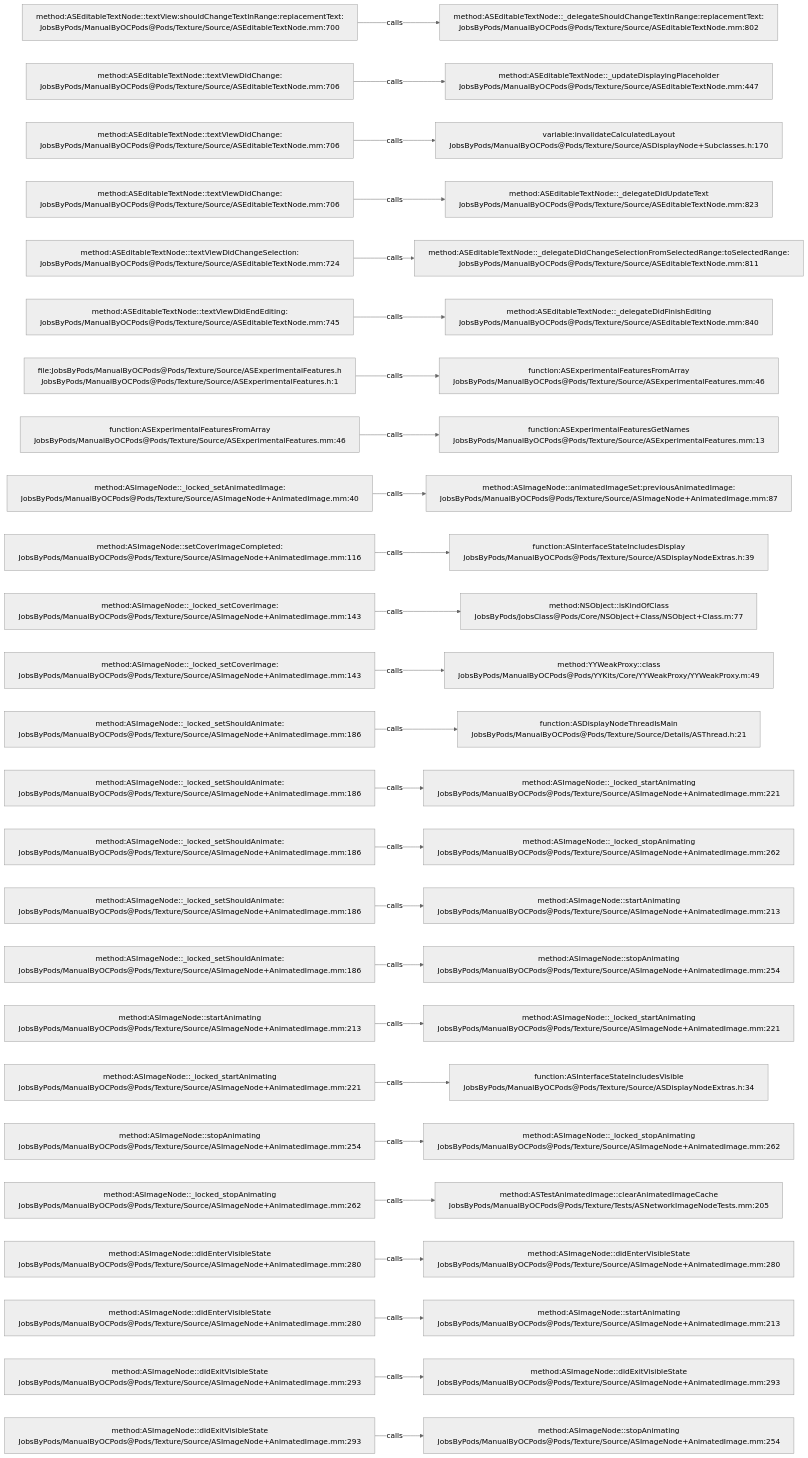
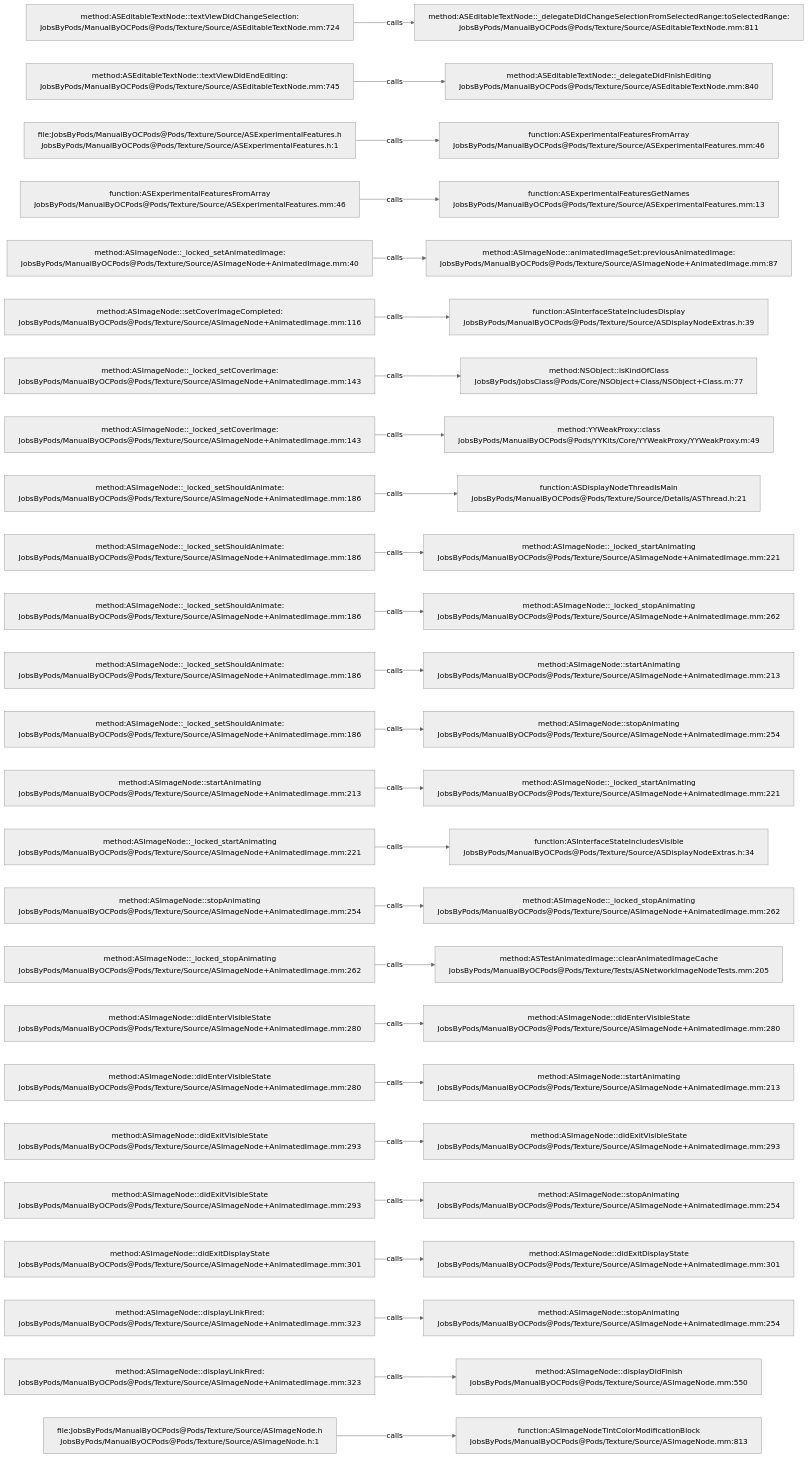
Before and after one commit to JobsKits/JobsOCBaseConfigDemo: the diagram in .codegraph/codegraph.md/graphs/calls-106.md, drawn with Mermaid (neutral theme). The commit also changed 727 other files, not shown here.

````diff
--- a/.codegraph/codegraph.md/graphs/calls-106.md
+++ b/.codegraph/codegraph.md/graphs/calls-106.md
@@ -13,78 +13,78 @@
 ```mermaid
 flowchart LR
-  S1["method:ASEditableTextNode::textView:shouldChangeTextInRange:replacementText:<br/>JobsByPods/ManualByOCPods@Pods/Texture/Source/ASEditableTextNode.mm:700"]
-  T1["method:ASEditableTextNode::_delegateShouldChangeTextInRange:replacementText:<br/>JobsByPods/ManualByOCPods@Pods/Texture/Source/ASEditableTextNode.mm:802"]
+  S1["method:ASEditableTextNode::textViewDidChangeSelection:<br/>JobsByPods/ManualByOCPods@Pods/Texture/Source/ASEditableTextNode.mm:724"]
+  T1["method:ASEditableTextNode::_delegateDidChangeSelectionFromSelectedRange:toSelectedRange:<br/>JobsByPods/ManualByOCPods@Pods/Texture/Source/ASEditableTextNode.mm:811"]
   S1 -->|calls| T1
-  S2["method:ASEditableTextNode::textViewDidChange:<br/>JobsByPods/ManualByOCPods@Pods/Texture/Source/ASEditableTextNode.mm:706"]
-  T2["method:ASEditableTextNode::_updateDisplayingPlaceholder<br/>JobsByPods/ManualByOCPods@Pods/Texture/Source/ASEditableTextNode.mm:447"]
+  S2["method:ASEditableTextNode::textViewDidEndEditing:<br/>JobsByPods/ManualByOCPods@Pods/Texture/Source/ASEditableTextNode.mm:745"]
+  T2["method:ASEditableTextNode::_delegateDidFinishEditing<br/>JobsByPods/ManualByOCPods@Pods/Texture/Source/ASEditableTextNode.mm:840"]
   S2 -->|calls| T2
-  S3["method:ASEditableTextNode::textViewDidChange:<br/>JobsByPods/ManualByOCPods@Pods/Texture/Source/ASEditableTextNode.mm:706"]
-  T3["variable:invalidateCalculatedLayout<br/>JobsByPods/ManualByOCPods@Pods/Texture/Source/ASDisplayNode+Subclasses.h:170"]
+  S3["file:JobsByPods/ManualByOCPods@Pods/Texture/Source/ASExperimentalFeatures.h<br/>JobsByPods/ManualByOCPods@Pods/Texture/Source/ASExperimentalFeatures.h:1"]
+  T3["function:ASExperimentalFeaturesFromArray<br/>JobsByPods/ManualByOCPods@Pods/Texture/Source/ASExperimentalFeatures.mm:46"]
   S3 -->|calls| T3
-  S4["method:ASEditableTextNode::textViewDidChange:<br/>JobsByPods/ManualByOCPods@Pods/Texture/Source/ASEditableTextNode.mm:706"]
-  T4["method:ASEditableTextNode::_delegateDidUpdateText<br/>JobsByPods/ManualByOCPods@Pods/Texture/Source/ASEditableTextNode.mm:823"]
+  S4["function:ASExperimentalFeaturesFromArray<br/>JobsByPods/ManualByOCPods@Pods/Texture/Source/ASExperimentalFeatures.mm:46"]
+  T4["function:ASExperimentalFeaturesGetNames<br/>JobsByPods/ManualByOCPods@Pods/Texture/Source/ASExperimentalFeatures.mm:13"]
   S4 -->|calls| T4
-  S5["method:ASEditableTextNode::textViewDidChangeSelection:<br/>JobsByPods/ManualByOCPods@Pods/Texture/Source/ASEditableTextNode.mm:724"]
-  T5["method:ASEditableTextNode::_delegateDidChangeSelectionFromSelectedRange:toSelectedRange:<br/>JobsByPods/ManualByOCPods@Pods/Texture/Source/ASEditableTextNode.mm:811"]
+  S5["method:ASImageNode::_locked_setAnimatedImage:<br/>JobsByPods/ManualByOCPods@Pods/Texture/Source/ASImageNode+AnimatedImage.mm:40"]
+  T5["method:ASImageNode::animatedImageSet:previousAnimatedImage:<br/>JobsByPods/ManualByOCPods@Pods/Texture/Source/ASImageNode+AnimatedImage.mm:87"]
   S5 -->|calls| T5
-  S6["method:ASEditableTextNode::textViewDidEndEditing:<br/>JobsByPods/ManualByOCPods@Pods/Texture/Source/ASEditableTextNode.mm:745"]
-  T6["method:ASEditableTextNode::_delegateDidFinishEditing<br/>JobsByPods/ManualByOCPods@Pods/Texture/Source/ASEditableTextNode.mm:840"]
+  S6["method:ASImageNode::setCoverImageCompleted:<br/>JobsByPods/ManualByOCPods@Pods/Texture/Source/ASImageNode+AnimatedImage.mm:116"]
+  T6["function:ASInterfaceStateIncludesDisplay<br/>JobsByPods/ManualByOCPods@Pods/Texture/Source/ASDisplayNodeExtras.h:39"]
   S6 -->|calls| T6
-  S7["file:JobsByPods/ManualByOCPods@Pods/Texture/Source/ASExperimentalFeatures.h<br/>JobsByPods/ManualByOCPods@Pods/Texture/Source/ASExperimentalFeatures.h:1"]
-  T7["function:ASExperimentalFeaturesFromArray<br/>JobsByPods/ManualByOCPods@Pods/Texture/Source/ASExperimentalFeatures.mm:46"]
+  S7["method:ASImageNode::_locked_setCoverImage:<br/>JobsByPods/ManualByOCPods@Pods/Texture/Source/ASImageNode+AnimatedImage.mm:143"]
+  T7["method:NSObject::isKindOfClass<br/>JobsByPods/JobsClass@Pods/Core/NSObject+Class/NSObject+Class.m:77"]
   S7 -->|calls| T7
-  S8["function:ASExperimentalFeaturesFromArray<br/>JobsByPods/ManualByOCPods@Pods/Texture/Source/ASExperimentalFeatures.mm:46"]
-  T8["function:ASExperimentalFeaturesGetNames<br/>JobsByPods/ManualByOCPods@Pods/Texture/Source/ASExperimentalFeatures.mm:13"]
+  S8["method:ASImageNode::_locked_setCoverImage:<br/>JobsByPods/ManualByOCPods@Pods/Texture/Source/ASImageNode+AnimatedImage.mm:143"]
+  T8["method:YYWeakProxy::class<br/>JobsByPods/ManualByOCPods@Pods/YYKits/Core/YYWeakProxy/YYWeakProxy.m:49"]
   S8 -->|calls| T8
-  S9["method:ASImageNode::_locked_setAnimatedImage:<br/>JobsByPods/ManualByOCPods@Pods/Texture/Source/ASImageNode+AnimatedImage.mm:40"]
-  T9["method:ASImageNode::animatedImageSet:previousAnimatedImage:<br/>JobsByPods/ManualByOCPods@Pods/Texture/Source/ASImageNode+AnimatedImage.mm:87"]
+  S9["method:ASImageNode::_locked_setShouldAnimate:<br/>JobsByPods/ManualByOCPods@Pods/Texture/Source/ASImageNode+AnimatedImage.mm:186"]
+  T9["function:ASDisplayNodeThreadIsMain<br/>JobsByPods/ManualByOCPods@Pods/Texture/Source/Details/ASThread.h:21"]
   S9 -->|calls| T9
-  S10["method:ASImageNode::setCoverImageCompleted:<br/>JobsByPods/ManualByOCPods@Pods/Texture/Source/ASImageNode+AnimatedImage.mm:116"]
-  T10["function:ASInterfaceStateIncludesDisplay<br/>JobsByPods/ManualByOCPods@Pods/Texture/Source/ASDisplayNodeExtras.h:39"]
+  S10["method:ASImageNode::_locked_setShouldAnimate:<br/>JobsByPods/ManualByOCPods@Pods/Texture/Source/ASImageNode+AnimatedImage.mm:186"]
+  T10["method:ASImageNode::_locked_startAnimating<br/>JobsByPods/ManualByOCPods@Pods/Texture/Source/ASImageNode+AnimatedImage.mm:221"]
   S10 -->|calls| T10
-  S11["method:ASImageNode::_locked_setCoverImage:<br/>JobsByPods/ManualByOCPods@Pods/Texture/Source/ASImageNode+AnimatedImage.mm:143"]
-  T11["method:NSObject::isKindOfClass<br/>JobsByPods/JobsClass@Pods/Core/NSObject+Class/NSObject+Class.m:77"]
+  S11["method:ASImageNode::_locked_setShouldAnimate:<br/>JobsByPods/ManualByOCPods@Pods/Texture/Source/ASImageNode+AnimatedImage.mm:186"]
+  T11["method:ASImageNode::_locked_stopAnimating<br/>JobsByPods/ManualByOCPods@Pods/Texture/Source/ASImageNode+AnimatedImage.mm:262"]
   S11 -->|calls| T11
-  S12["method:ASImageNode::_locked_setCoverImage:<br/>JobsByPods/ManualByOCPods@Pods/Texture/Source/ASImageNode+AnimatedImage.mm:143"]
-  T12["method:YYWeakProxy::class<br/>JobsByPods/ManualByOCPods@Pods/YYKits/Core/YYWeakProxy/YYWeakProxy.m:49"]
+  S12["method:ASImageNode::_locked_setShouldAnimate:<br/>JobsByPods/ManualByOCPods@Pods/Texture/Source/ASImageNode+AnimatedImage.mm:186"]
+  T12["method:ASImageNode::startAnimating<br/>JobsByPods/ManualByOCPods@Pods/Texture/Source/ASImageNode+AnimatedImage.mm:213"]
   S12 -->|calls| T12
   S13["method:ASImageNode::_locked_setShouldAnimate:<br/>JobsByPods/ManualByOCPods@Pods/Texture/Source/ASImageNode+AnimatedImage.mm:186"]
-  T13["function:ASDisplayNodeThreadIsMain<br/>JobsByPods/ManualByOCPods@Pods/Texture/Source/Details/ASThread.h:21"]
+  T13["method:ASImageNode::stopAnimating<br/>JobsByPods/ManualByOCPods@Pods/Texture/Source/ASImageNode+AnimatedImage.mm:254"]
   S13 -->|calls| T13
-  S14["method:ASImageNode::_locked_setShouldAnimate:<br/>JobsByPods/ManualByOCPods@Pods/Texture/Source/ASImageNode+AnimatedImage.mm:186"]
+  S14["method:ASImageNode::startAnimating<br/>JobsByPods/ManualByOCPods@Pods/Texture/Source/ASImageNode+AnimatedImage.mm:213"]
   T14["method:ASImageNode::_locked_startAnimating<br/>JobsByPods/ManualByOCPods@Pods/Texture/Source/ASImageNode+AnimatedImage.mm:221"]
   S14 -->|calls| T14
-  S15["method:ASImageNode::_locked_setShouldAnimate:<br/>JobsByPods/ManualByOCPods@Pods/Texture/Source/ASImageNode+AnimatedImage.mm:186"]
-  T15["method:ASImageNode::_locked_stopAnimating<br/>JobsByPods/ManualByOCPods@Pods/Texture/Source/ASImageNode+AnimatedImage.mm:262"]
+  S15["method:ASImageNode::_locked_startAnimating<br/>JobsByPods/ManualByOCPods@Pods/Texture/Source/ASImageNode+AnimatedImage.mm:221"]
+  T15["function:ASInterfaceStateIncludesVisible<br/>JobsByPods/ManualByOCPods@Pods/Texture/Source/ASDisplayNodeExtras.h:34"]
   S15 -->|calls| T15
-  S16["method:ASImageNode::_locked_setShouldAnimate:<br/>JobsByPods/ManualByOCPods@Pods/Texture/Source/ASImageNode+AnimatedImage.mm:186"]
-  T16["method:ASImageNode::startAnimating<br/>JobsByPods/ManualByOCPods@Pods/Texture/Source/ASImageNode+AnimatedImage.mm:213"]
+  S16["method:ASImageNode::stopAnimating<br/>JobsByPods/ManualByOCPods@Pods/Texture/Source/ASImageNode+AnimatedImage.mm:254"]
+  T16["method:ASImageNode::_locked_stopAnimating<br/>JobsByPods/ManualByOCPods@Pods/Texture/Source/ASImageNode+AnimatedImage.mm:262"]
   S16 -->|calls| T16
-  S17["method:ASImageNode::_locked_setShouldAnimate:<br/>JobsByPods/ManualByOCPods@Pods/Texture/Source/ASImageNode+AnimatedImage.mm:186"]
-  T17["method:ASImageNode::stopAnimating<br/>JobsByPods/ManualByOCPods@Pods/Texture/Source/ASImageNode+AnimatedImage.mm:254"]
+  S17["method:ASImageNode::_locked_stopAnimating<br/>JobsByPods/ManualByOCPods@Pods/Texture/Source/ASImageNode+AnimatedImage.mm:262"]
+  T17["method:ASTestAnimatedImage::clearAnimatedImageCache<br/>JobsByPods/ManualByOCPods@Pods/Texture/Tests/ASNetworkImageNodeTests.mm:205"]
   S17 -->|calls| T17
-  S18["method:ASImageNode::startAnimating<br/>JobsByPods/ManualByOCPods@Pods/Texture/Source/ASImageNode+AnimatedImage.mm:213"]
-  T18["method:ASImageNode::_locked_startAnimating<br/>JobsByPods/ManualByOCPods@Pods/Texture/Source/ASImageNode+AnimatedImage.mm:221"]
+  S18["method:ASImageNode::didEnterVisibleState<br/>JobsByPods/ManualByOCPods@Pods/Texture/Source/ASImageNode+AnimatedImage.mm:280"]
+  T18["method:ASImageNode::didEnterVisibleState<br/>JobsByPods/ManualByOCPods@Pods/Texture/Source/ASImageNode+AnimatedImage.mm:280"]
   S18 -->|calls| T18
-  S19["method:ASImageNode::_locked_startAnimating<br/>JobsByPods/ManualByOCPods@Pods/Texture/Source/ASImageNode+AnimatedImage.mm:221"]
-  T19["function:ASInterfaceStateIncludesVisible<br/>JobsByPods/ManualByOCPods@Pods/Texture/Source/ASDisplayNodeExtras.h:34"]
+  S19["method:ASImageNode::didEnterVisibleState<br/>JobsByPods/ManualByOCPods@Pods/Texture/Source/ASImageNode+AnimatedImage.mm:280"]
+  T19["method:ASImageNode::startAnimating<br/>JobsByPods/ManualByOCPods@Pods/Texture/Source/ASImageNode+AnimatedImage.mm:213"]
   S19 -->|calls| T19
-  S20["method:ASImageNode::stopAnimating<br/>JobsByPods/ManualByOCPods@Pods/Texture/Source/ASImageNode+AnimatedImage.mm:254"]
-  T20["method:ASImageNode::_locked_stopAnimating<br/>JobsByPods/ManualByOCPods@Pods/Texture/Source/ASImageNode+AnimatedImage.mm:262"]
+  S20["method:ASImageNode::didExitVisibleState<br/>JobsByPods/ManualByOCPods@Pods/Texture/Source/ASImageNode+AnimatedImage.mm:293"]
+  T20["method:ASImageNode::didExitVisibleState<br/>JobsByPods/ManualByOCPods@Pods/Texture/Source/ASImageNode+AnimatedImage.mm:293"]
   S20 -->|calls| T20
-  S21["method:ASImageNode::_locked_stopAnimating<br/>JobsByPods/ManualByOCPods@Pods/Texture/Source/ASImageNode+AnimatedImage.mm:262"]
-  T21["method:ASTestAnimatedImage::clearAnimatedImageCache<br/>JobsByPods/ManualByOCPods@Pods/Texture/Tests/ASNetworkImageNodeTests.mm:205"]
+  S21["method:ASImageNode::didExitVisibleState<br/>JobsByPods/ManualByOCPods@Pods/Texture/Source/ASImageNode+AnimatedImage.mm:293"]
+  T21["method:ASImageNode::stopAnimating<br/>JobsByPods/ManualByOCPods@Pods/Texture/Source/ASImageNode+AnimatedImage.mm:254"]
   S21 -->|calls| T21
-  S22["method:ASImageNode::didEnterVisibleState<br/>JobsByPods/ManualByOCPods@Pods/Texture/Source/ASImageNode+AnimatedImage.mm:280"]
-  T22["method:ASImageNode::didEnterVisibleState<br/>JobsByPods/ManualByOCPods@Pods/Texture/Source/ASImageNode+AnimatedImage.mm:280"]
+  S22["method:ASImageNode::didExitDisplayState<br/>JobsByPods/ManualByOCPods@Pods/Texture/Source/ASImageNode+AnimatedImage.mm:301"]
+  T22["method:ASImageNode::didExitDisplayState<br/>JobsByPods/ManualByOCPods@Pods/Texture/Source/ASImageNode+AnimatedImage.mm:301"]
   S22 -->|calls| T22
-  S23["method:ASImageNode::didEnterVisibleState<br/>JobsByPods/ManualByOCPods@Pods/Texture/Source/ASImageNode+AnimatedImage.mm:280"]
-  T23["method:ASImageNode::startAnimating<br/>JobsByPods/ManualByOCPods@Pods/Texture/Source/ASImageNode+AnimatedImage.mm:213"]
+  S23["method:ASImageNode::displayLinkFired:<br/>JobsByPods/ManualByOCPods@Pods/Texture/Source/ASImageNode+AnimatedImage.mm:323"]
+  T23["method:ASImageNode::stopAnimating<br/>JobsByPods/ManualByOCPods@Pods/Texture/Source/ASImageNode+AnimatedImage.mm:254"]
   S23 -->|calls| T23
-  S24["method:ASImageNode::didExitVisibleState<br/>JobsByPods/ManualByOCPods@Pods/Texture/Source/ASImageNode+AnimatedImage.mm:293"]
-  T24["method:ASImageNode::didExitVisibleState<br/>JobsByPods/ManualByOCPods@Pods/Texture/Source/ASImageNode+AnimatedImage.mm:293"]
+  S24["method:ASImageNode::displayLinkFired:<br/>JobsByPods/ManualByOCPods@Pods/Texture/Source/ASImageNode+AnimatedImage.mm:323"]
+  T24["method:ASImageNode::displayDidFinish<br/>JobsByPods/ManualByOCPods@Pods/Texture/Source/ASImageNode.mm:550"]
   S24 -->|calls| T24
-  S25["method:ASImageNode::didExitVisibleState<br/>JobsByPods/ManualByOCPods@Pods/Texture/Source/ASImageNode+AnimatedImage.mm:293"]
-  T25["method:ASImageNode::stopAnimating<br/>JobsByPods/ManualByOCPods@Pods/Texture/Source/ASImageNode+AnimatedImage.mm:254"]
+  S25["file:JobsByPods/ManualByOCPods@Pods/Texture/Source/ASImageNode.h<br/>JobsByPods/ManualByOCPods@Pods/Texture/Source/ASImageNode.h:1"]
+  T25["function:ASImageNodeTintColorModificationBlock<br/>JobsByPods/ManualByOCPods@Pods/Texture/Source/ASImageNode.mm:813"]
   S25 -->|calls| T25
 ```
````
